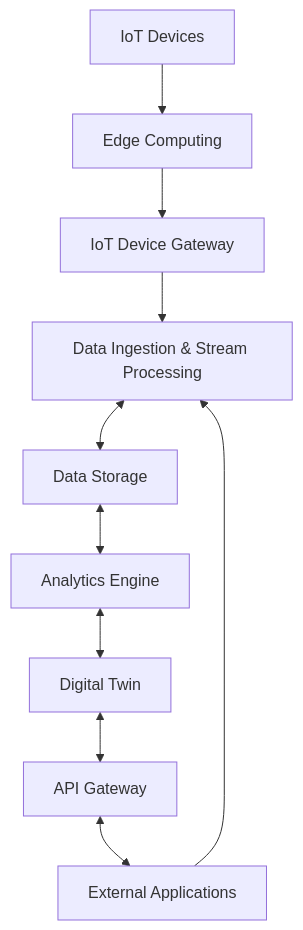
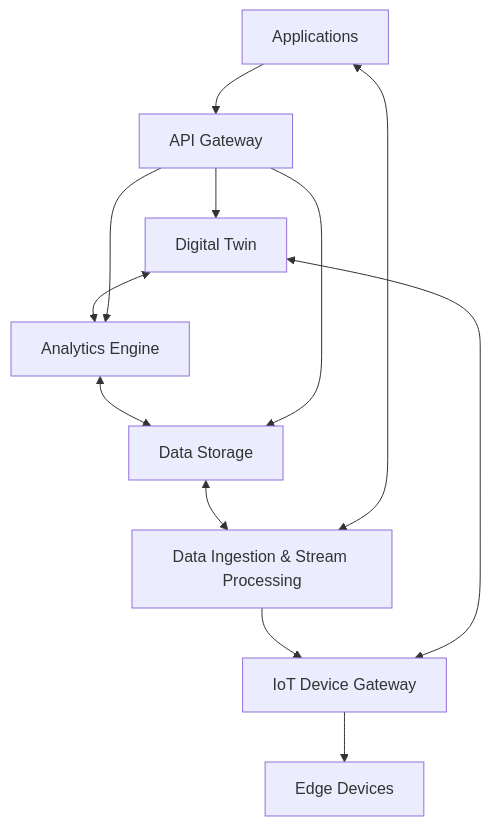
One commit to OpenTier/STAIRS changed the diagram in doc/architecture.md. Above: the diagram before and after it, drawn with Mermaid. The commit also changed other lines of this file and 3 other files, not shown here.

````diff
--- a/doc/architecture.md
+++ b/doc/architecture.md
@@ -34,12 +11,14 @@
 ```mermaid
 flowchart TD
-    IOT[IoT Devices] --> EDGE[Edge Computing]
-    EDGE --> GATEWAY[IoT Device Gateway]
-    GATEWAY --> INGEST[Data Ingestion & Stream Processing]
-    INGEST <--> STORAGE[Data Storage]
-    STORAGE <--> ANALYTICS[Analytics Engine]
-    ANALYTICS <--> TWIN[Digital Twin]
-    TWIN <--> API[API Gateway]
-    API <--> APPS[External Applications]
-    APPS --> INGEST
+    APPS[Applications] --> API[API Gateway]
+    API --> TWIN[Digital Twin]
+    ANALYTICS <--> STORAGE[Data Storage]
+    STORAGE <--> INGEST[Data Ingestion & Stream Processing]
+    INGEST --> GATEWAY[IoT Device Gateway]
+    TWIN <--> ANALYTICS[Analytics Engine]
+    GATEWAY --> EDGE[Edge Devices]
+    TWIN <--> GATEWAY
+    API --> ANALYTICS
+    API --> STORAGE
+    APPS <--> INGEST
 ```
````
